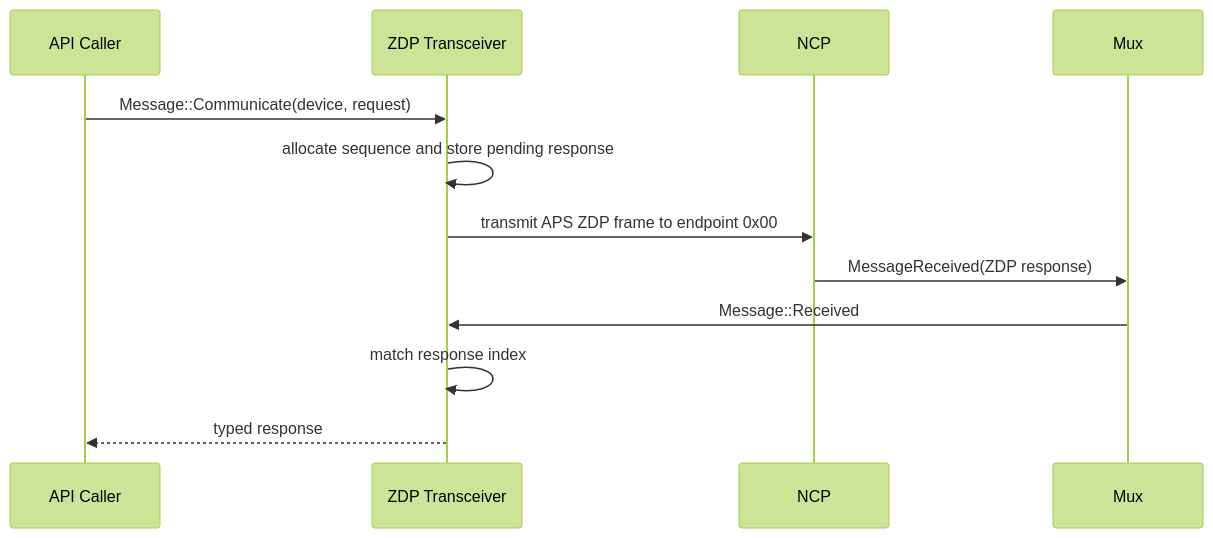
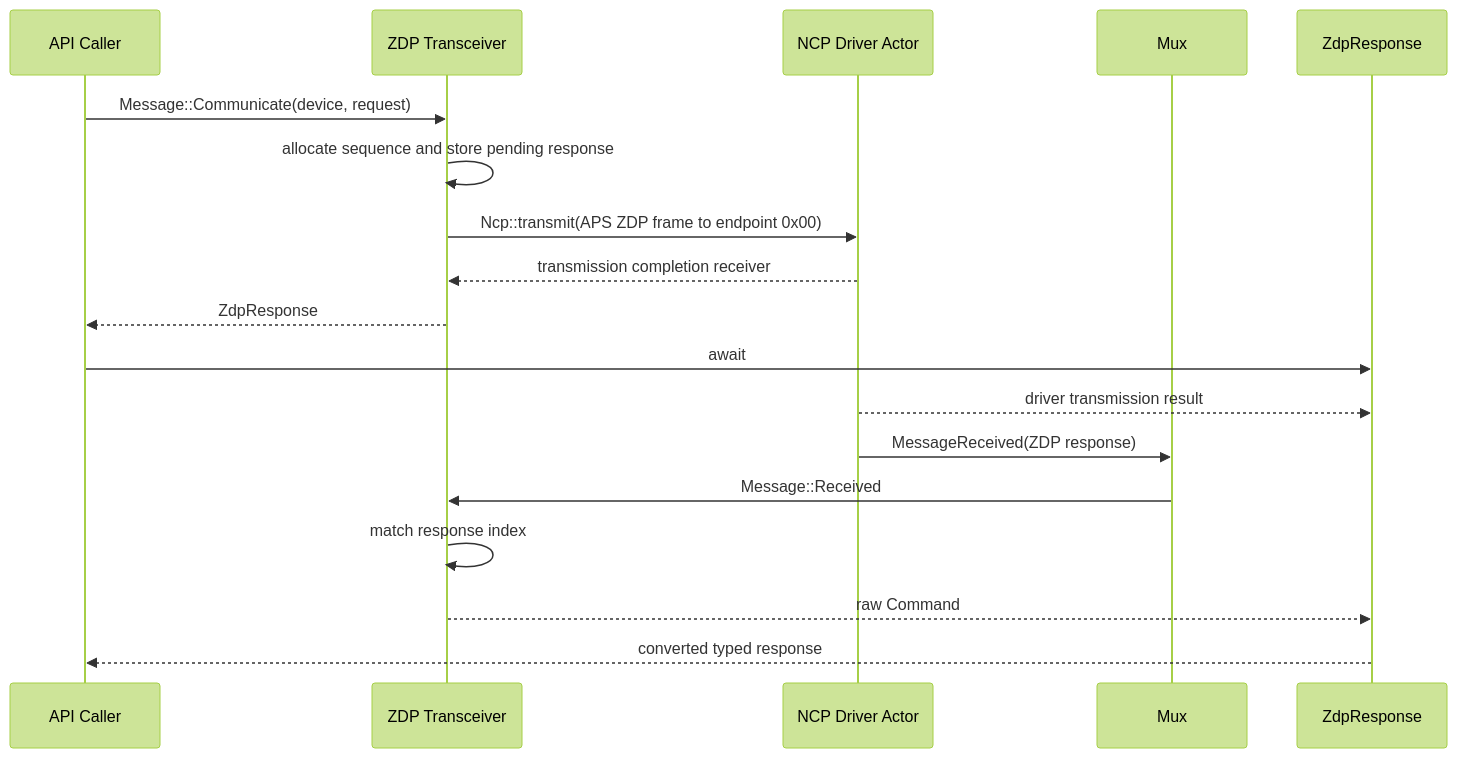
Before and after one commit to PaulmannLighting/apis-saltans: the sixth of 8 diagrams in coordinator/ARCHITECTURE.md, drawn with Mermaid (forest theme). The commit also changed other lines of this file and 28 other files, not shown here.

````diff
--- a/coordinator/ARCHITECTURE.md
+++ b/coordinator/ARCHITECTURE.md
@@ -219,15 +261,21 @@
 ```mermaid
 sequenceDiagram
     participant API as API Caller
     participant ZDP as ZDP Transceiver
-    participant HW as NCP
+    participant HW as NCP Driver Actor
     participant M as Mux
+    participant R as ZdpResponse
 
     API->>ZDP: Message::Communicate(device, request)
     ZDP->>ZDP: allocate sequence and store pending response
-    ZDP->>HW: transmit APS ZDP frame to endpoint 0x00
+    ZDP->>HW: Ncp::transmit(APS ZDP frame to endpoint 0x00)
+    HW-->>ZDP: transmission completion receiver
+    ZDP-->>API: ZdpResponse
+    API->>R: await
+    HW-->>R: driver transmission result
     HW->>M: MessageReceived(ZDP response)
     M->>ZDP: Message::Received
     ZDP->>ZDP: match response index
-    ZDP-->>API: typed response
+    ZDP-->>R: raw Command
+    R-->>API: converted typed response
 ```
````
